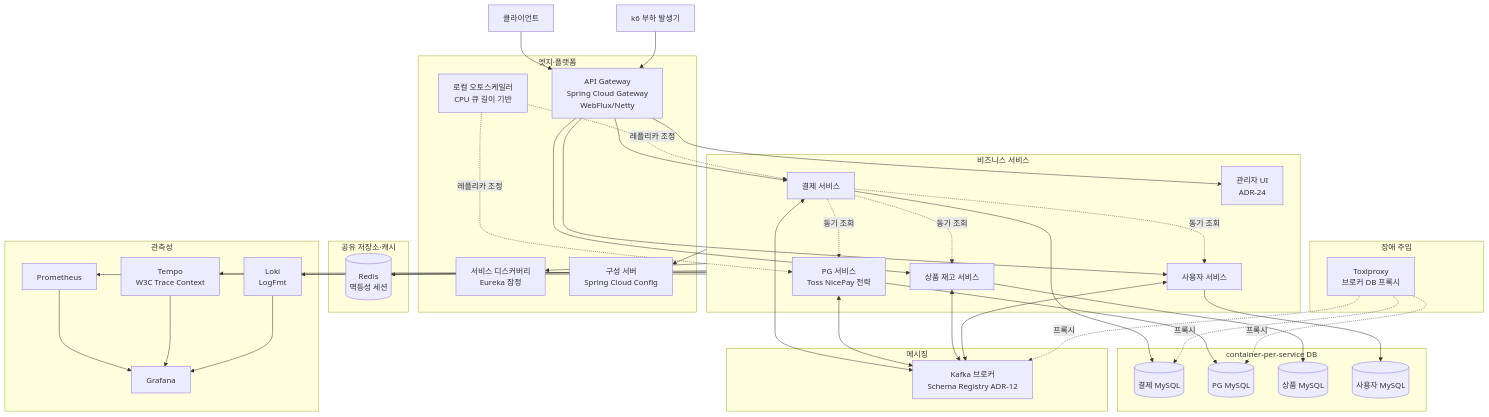
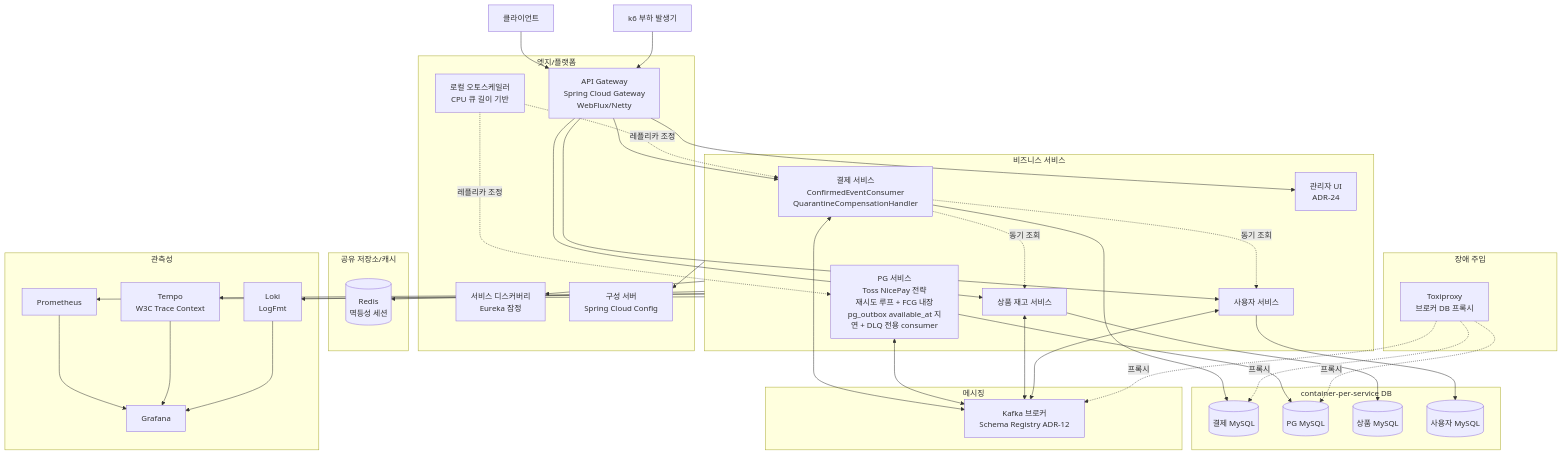
One commit to hyoguoo/payment-platform changed the seventh of 8 diagrams in docs/topics/MSA-TRANSITION.md. Above: the diagram before and after it, drawn with Mermaid. The commit also changed other lines of this file and 3 other files, not shown here.

```diff
--- a/docs/topics/MSA-TRANSITION.md
+++ b/docs/topics/MSA-TRANSITION.md
@@ -305,7 +607,7 @@
     Client[클라이언트]
     k6[k6 부하 발생기]
 
-    subgraph Edge["엣지·플랫폼"]
+    subgraph Edge["엣지/플랫폼"]
         Gateway[API Gateway<br/>Spring Cloud Gateway<br/>WebFlux/Netty]
         Discovery[서비스 디스커버리<br/>Eureka 잠정]
         Config[구성 서버<br/>Spring Cloud Config]
@@ -313,8 +615,8 @@
     end
 
     subgraph Services["비즈니스 서비스"]
-        PaymentSvc[결제 서비스]
-        PgSvc[PG 서비스<br/>Toss NicePay 전략]
+        PaymentSvc[결제 서비스<br/>ConfirmedEventConsumer<br/>QuarantineCompensationHandler]
+        PgSvc[PG 서비스<br/>Toss NicePay 전략<br/>재시도 루프 + FCG 내장<br/>pg_outbox available_at 지연 + DLQ 전용 consumer]
         ProductSvc[상품 재고 서비스]
         UserSvc[사용자 서비스]
         AdminSvc[관리자 UI<br/>ADR-24]
@@ -331,7 +633,7 @@
         Kafka[Kafka 브로커<br/>Schema Registry ADR-12]
     end
 
-    subgraph Shared["공유 저장소·캐시"]
+    subgraph Shared["공유 저장소/캐시"]
         Redis[(Redis<br/>멱등성 세션)]
     end
 
@@ -363,7 +665,6 @@
     ProductSvc <--> Kafka
     UserSvc <--> Kafka
 
-    PaymentSvc -.동기 조회.-> PgSvc
     PaymentSvc -.동기 조회.-> ProductSvc
     PaymentSvc -.동기 조회.-> UserSvc
 
```
